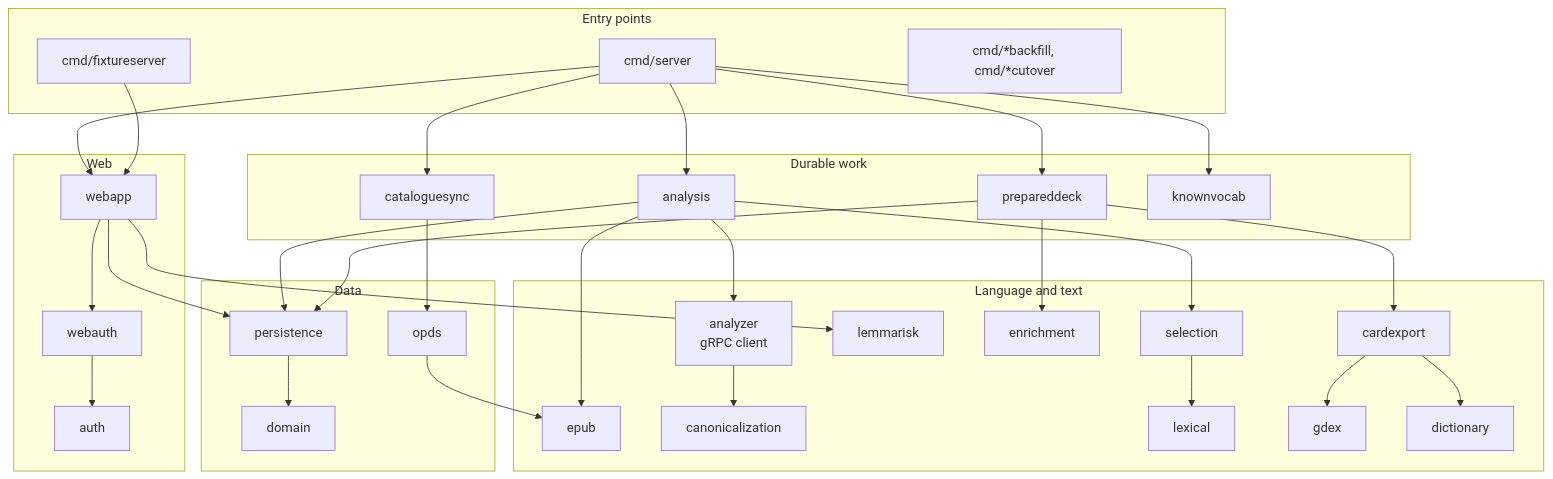
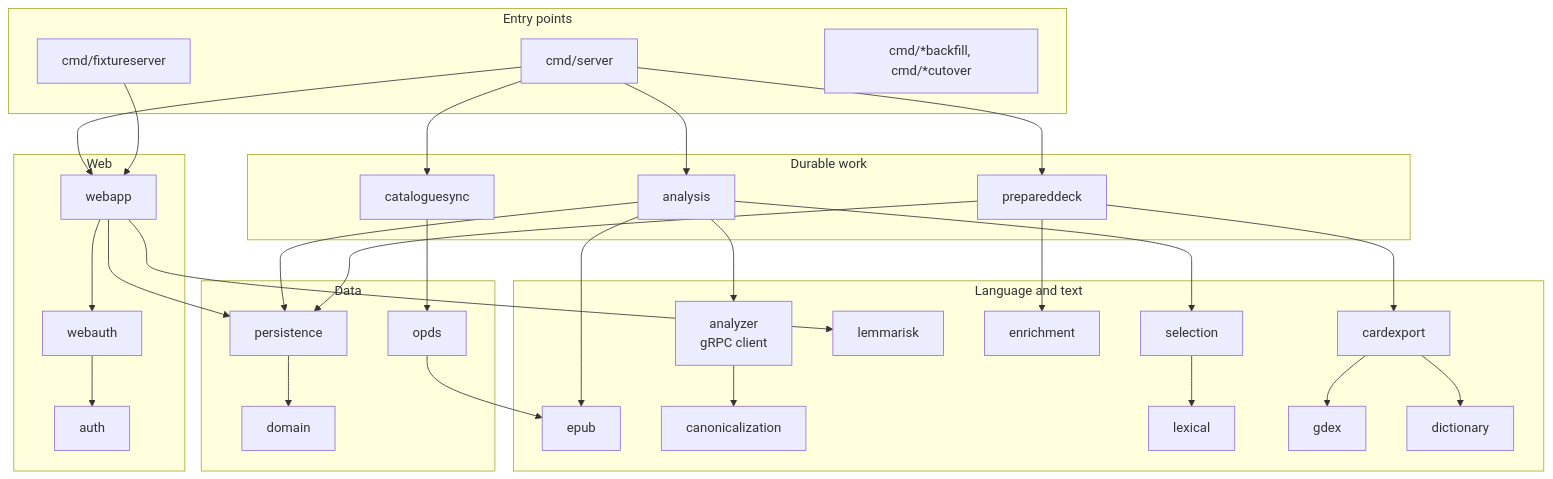
The sixth of 6 diagrams in ARCHITECTURE.md (justin-hayes/mouseion), drawn with Mermaid before and after one commit. The commit also changed other lines of this file and 17 other files, not shown here.

````diff
--- a/ARCHITECTURE.md
+++ b/ARCHITECTURE.md
@@ -259,47 +258,46 @@
 ```mermaid
 flowchart TB
     subgraph entry[Entry points]
         server[cmd/server]
         fixture[cmd/fixtureserver]
         tools[cmd/*backfill, cmd/*cutover]
     end
     subgraph web[Web]
         webapp[webapp]
         webauth[webauth]
         auth[auth]
     end
     subgraph jobs[Durable work]
         analysis[analysis]
         cataloguesync[cataloguesync]
         prepareddeck[prepareddeck]
-        knownvocab[knownvocab]
     end
     subgraph lang[Language and text]
         epub[epub]
         analyzer[analyzer<br/>gRPC client]
         canonicalization[canonicalization]
         selection[selection]
         lexical[lexical]
         gdex[gdex]
         lemmarisk[lemmarisk]
         dictionary[dictionary]
         enrichment[enrichment]
         cardexport[cardexport]
     end
     subgraph data[Data]
         domain[domain]
         persistence[persistence]
         opds[opds]
     end
-    server --> webapp & analysis & cataloguesync & prepareddeck & knownvocab
+    server --> webapp & analysis & cataloguesync & prepareddeck
     fixture --> webapp
     webapp --> webauth --> auth
     webapp --> persistence & lemmarisk
     analysis --> epub & analyzer & selection & persistence
     cataloguesync --> opds --> epub
     prepareddeck --> cardexport & enrichment & persistence
     cardexport --> gdex & dictionary
     selection --> lexical
     analyzer --> canonicalization
     persistence --> domain
 ```
````
